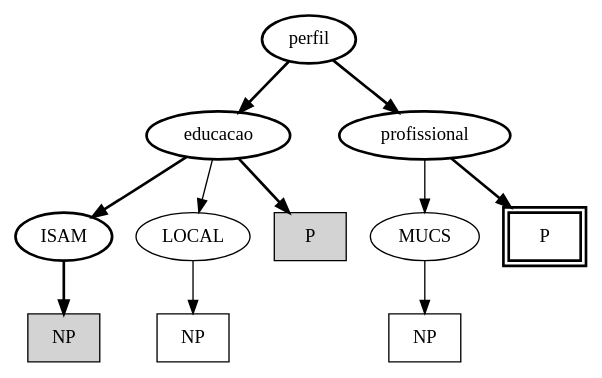
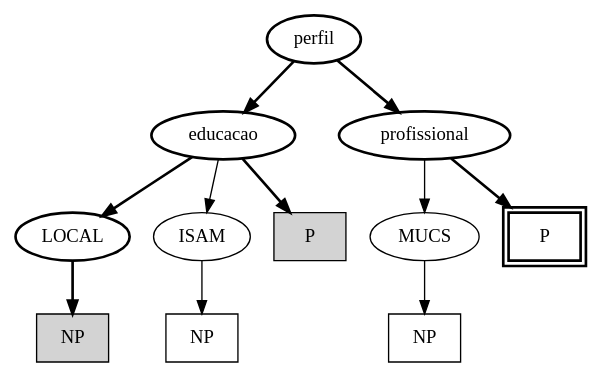
The diagram in academia/artigos/profiles/ideia/acesso.dot (andrenho/andrenho), drawn with Graphviz before and after one commit. The commit also changed 5 other files, not shown here.

```diff
--- a/academia/artigos/profiles/ideia/acesso.dot
+++ b/academia/artigos/profiles/ideia/acesso.dot
@@ -1,28 +1,28 @@
 digraph Perfil {
 
     perfil [style=bold];
     educacao [style=bold];
     profissional [style=bold];
-    ISAM [style=bold];
+    LOCAL [style=bold];
 
     perfil -> educacao [style=bold];
     perfil -> profissional [style=bold];
 
-    educacao -> ISAM [style=bold];
-    educacao -> LOCAL;
+    educacao -> LOCAL [style=bold];
+    educacao -> ISAM;
     profissional -> MUCS;
 
     educacao -> P1 [style=bold];
     profissional -> P2 [style=bold];
 
-    ISAM -> NP1 [style=bold];
-    LOCAL -> NP2;
+    LOCAL -> NP1 [style=bold];
+    ISAM -> NP2;
     MUCS -> NP3;
     
     P1 [label="P", shape=box, style=bold, style=filled];
     NP1 [label="NP", shape=box, style=bold, style=filled];
     P2 [label="P", shape=box, style=bold, peripheries=2];
     NP2 [label="NP", shape=box];
     NP3 [label="NP", shape=box];
 
 }
```
